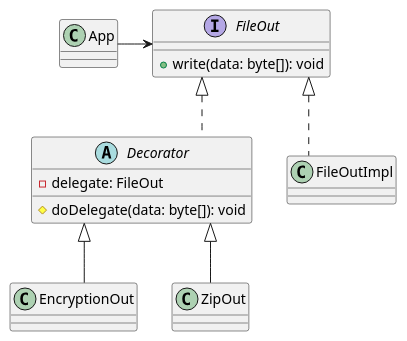
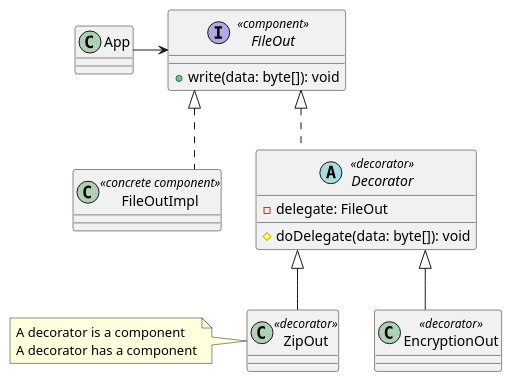
One commit to meshkorea/study-oop-pattern changed the diagram in juwon.kim/ch07/resources/04-decorator.puml. Above: the diagram before and after it, drawn with PlantUML. The commit also changed 16 other files, not shown here.

```diff
--- a/juwon.kim/ch07/resources/04-decorator.puml
+++ b/juwon.kim/ch07/resources/04-decorator.puml
@@ -1,24 +1,28 @@
 @startuml
 
 skinparam linetype ortho
 
 class App {}
 
-interface FileOut {
+interface FileOut <<component>> {
   + write(data: byte[]): void
 }
 
-abstract class Decorator implements FileOut {
+class FileOutImpl <<concrete component>> implements FileOut {}
+
+abstract class Decorator <<decorator>> implements FileOut {
   - delegate: FileOut
   # doDelegate(data: byte[]): void
 }
 
-class FileOutImpl implements FileOut {}
+class EncryptionOut <<decorator>> extends Decorator {}
 
-class EncryptionOut extends Decorator {}
-
-class ZipOut extends Decorator {}
+class ZipOut <<decorator>> extends Decorator {}
+note left
+  A decorator is a component
+  A decorator has a component
+end note
 
 App -> FileOut
 
 @enduml
```
